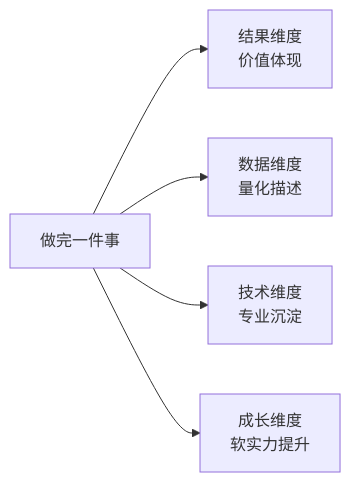
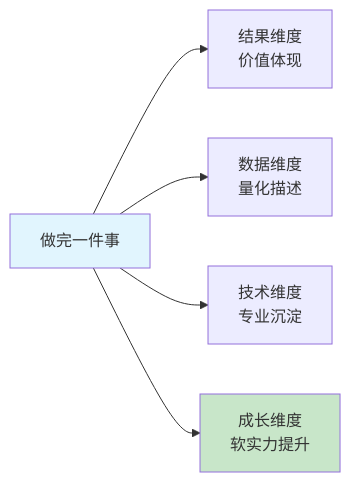
The second of 5 diagrams in packages/website/11.书籍/05.自我精进·成事/23.四维度总结分析.md (chongyang211/YCBookBlog), drawn with Mermaid before and after one commit. The commit also changed other lines of this file and 4 other files, not shown here.

````diff
--- a/packages/website/11.书籍/05.自我精进·成事/23.四维度总结分析.md
+++ b/packages/website/11.书籍/05.自我精进·成事/23.四维度总结分析.md
@@ -65,7 +71,9 @@
 ```mermaid
 graph LR
     P[做完一件事] --> D1[结果维度<br/>价值体现]
     P --> D2[数据维度<br/>量化描述]
     P --> D3[技术维度<br/>专业沉淀]
     P --> D4[成长维度<br/>软实力提升]
+    style P fill:#e1f5fe
+    style D4 fill:#c8e6c9
 ```
````
